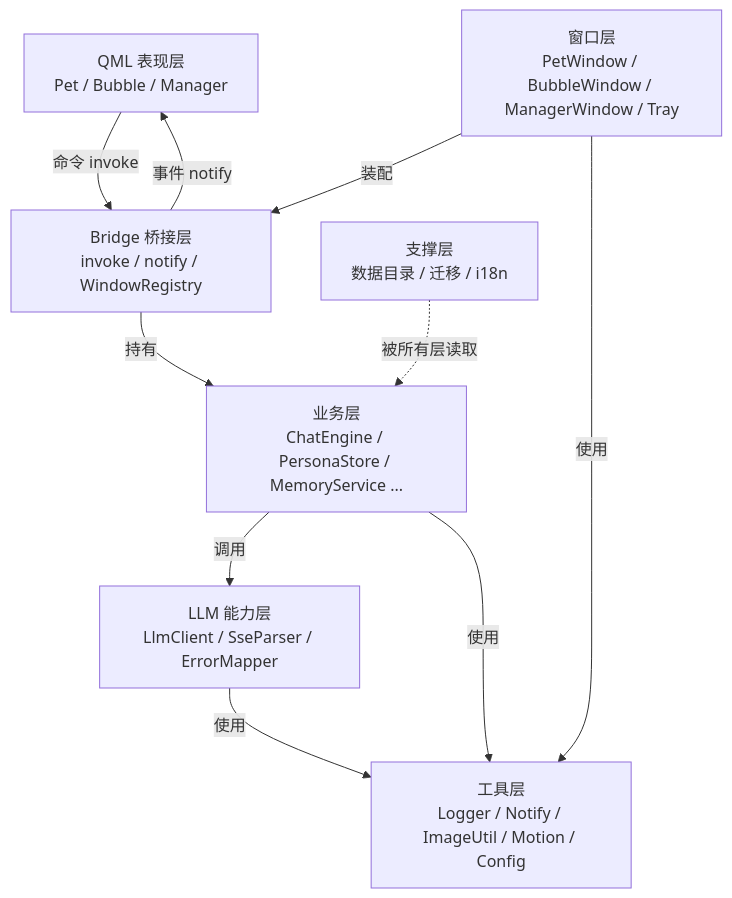
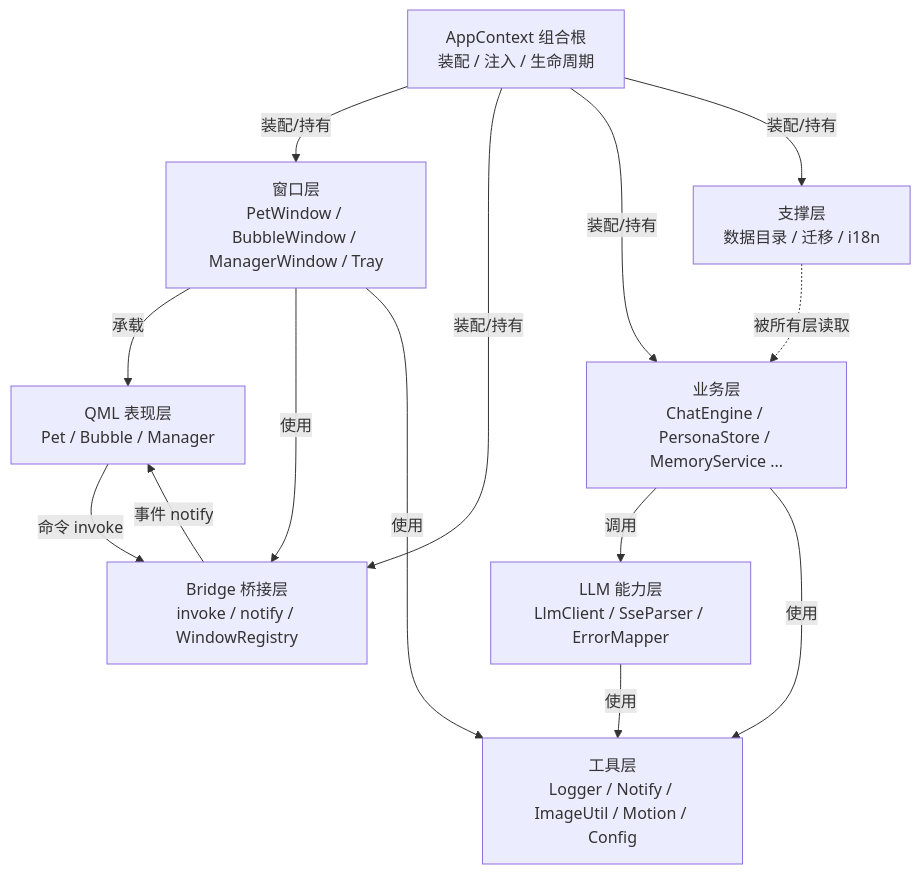
The first of 7 diagrams in 方案设计.md (yxl314/desktop_companion), drawn with Mermaid before and after one commit. The commit also changed other lines of this file, not shown here.

````diff
--- a/方案设计.md
+++ b/方案设计.md
@@ -206,20 +212,25 @@
 ```mermaid
 graph TD
+    APP["AppContext 组合根<br/>装配 / 注入 / 生命周期"]
     QML["QML 表现层<br/>Pet / Bubble / Manager"]
     BR["Bridge 桥接层<br/>invoke / notify / WindowRegistry"]
     WIN["窗口层<br/>PetWindow / BubbleWindow / ManagerWindow / Tray"]
     CORE["业务层<br/>ChatEngine / PersonaStore / MemoryService ..."]
     LLM["LLM 能力层<br/>LlmClient / SseParser / ErrorMapper"]
     TOOLS["工具层<br/>Logger / Notify / ImageUtil / Motion / Config"]
     CFG["支撑层<br/>数据目录 / 迁移 / i18n"]
 
+    APP -- 装配/持有 --> WIN
+    APP -- 装配/持有 --> BR
+    APP -- 装配/持有 --> CORE
+    APP -- 装配/持有 --> CFG
+    WIN -- 承载 --> QML
     QML -- 命令 invoke --> BR
     BR -- 事件 notify --> QML
-    BR -- 持有 --> CORE
-    WIN -- 装配 --> BR
+    WIN -- 使用 --> BR
     CORE -- 调用 --> LLM
     CORE -- 使用 --> TOOLS
     LLM -- 使用 --> TOOLS
     WIN -- 使用 --> TOOLS
     CFG -. 被所有层读取 .-> CORE
 ```
````
